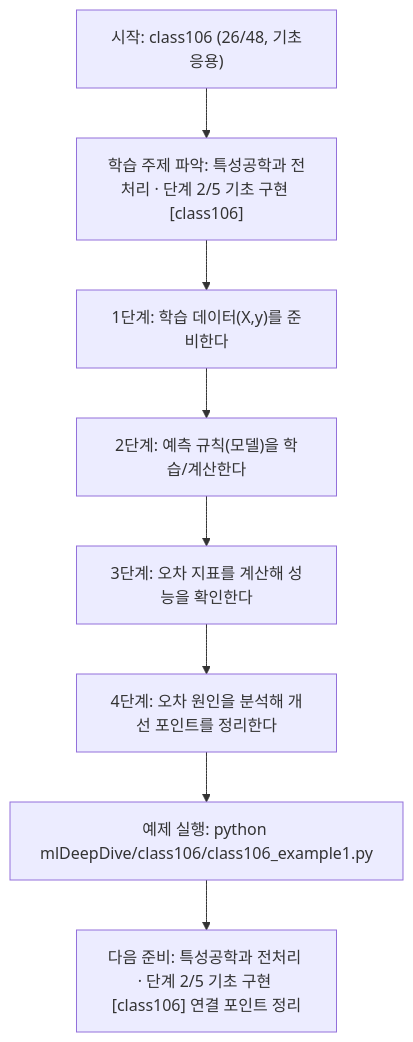
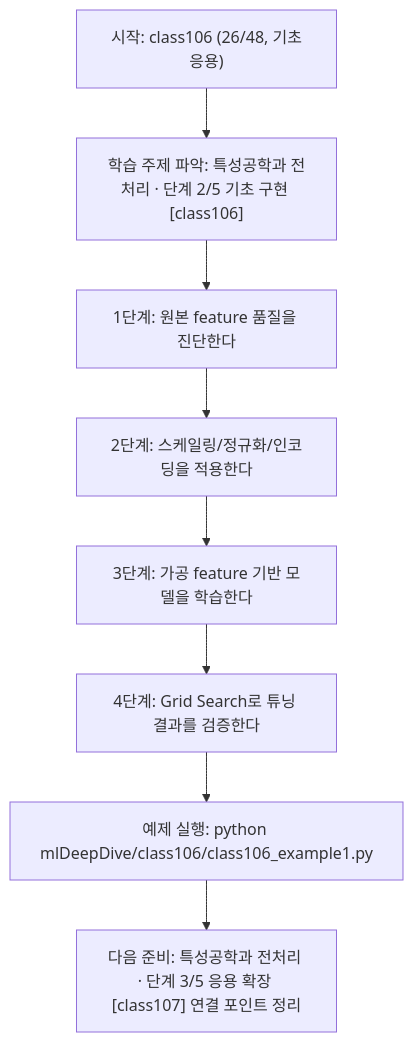
One commit to edumgt/Python-AI_Agent-Class changed the diagram in mlDeepDive/class106/class106.md. Above: the diagram before and after it, drawn with Mermaid. The commit also changed other lines of this file and 338 other files, not shown here.

````diff
--- a/mlDeepDive/class106/class106.md
+++ b/mlDeepDive/class106/class106.md
@@ -109,18 +91,18 @@
 ```mermaid
 flowchart TD
 N1["시작: class106 (26/48, 기초응용)"]
 N2["학습 주제 파악: 특성공학과 전처리 · 단계 2/5 기초 구현 [class106]"]
-N3["1단계: 학습 데이터(X,y)를 준비한다"]
-N4["2단계: 예측 규칙(모델)을 학습/계산한다"]
-N5["3단계: 오차 지표를 계산해 성능을 확인한다"]
-N6["4단계: 오차 원인을 분석해 개선 포인트를 정리한다"]
+N3["1단계: 원본 feature 품질을 진단한다"]
+N4["2단계: 스케일링/정규화/인코딩을 적용한다"]
+N5["3단계: 가공 feature 기반 모델을 학습한다"]
+N6["4단계: Grid Search로 튜닝 결과를 검증한다"]
 N7["예제 실행: python mlDeepDive/class106/class106_example1.py"]
-N8["다음 준비: 특성공학과 전처리 · 단계 2/5 기초 구현 [class106] 연결 포인트 정리"]
+N8["다음 준비: 특성공학과 전처리 · 단계 3/5 응용 확장 [class107] 연결 포인트 정리"]
 N1 --> N2
 N2 --> N3
 N3 --> N4
 N4 --> N5
 N5 --> N6
 N6 --> N7
 N7 --> N8
 ```
````
